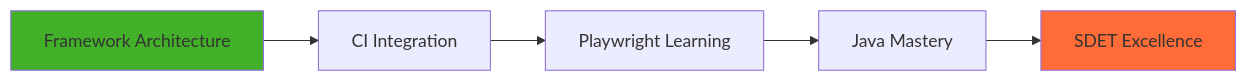
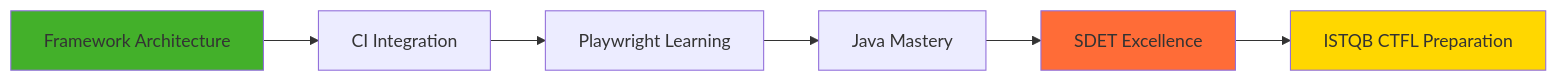
Before and after one commit to ahamedumar15/ahamedumar15: the diagram in README.md, drawn with Mermaid. The commit also changed other lines of this file, not shown here.

Commit message:
Update README with ISTQB CTFL exam preparation
Added preparation for ISTQB CTFL exam to upcoming projects.

````diff
--- a/README.md
+++ b/README.md
@@ -87,9 +88,11 @@
 ```mermaid
 graph LR
     A[Framework Architecture] --> B[CI Integration]
     B --> C[Playwright Learning]
     C --> D[Java Mastery]
     D --> E[SDET Excellence]
+    E --> F[ISTQB CTFL Preparation]
     style A fill:#43B02A
     style E fill:#FF6C37
+    style F fill:#FFD700
 ```
````
